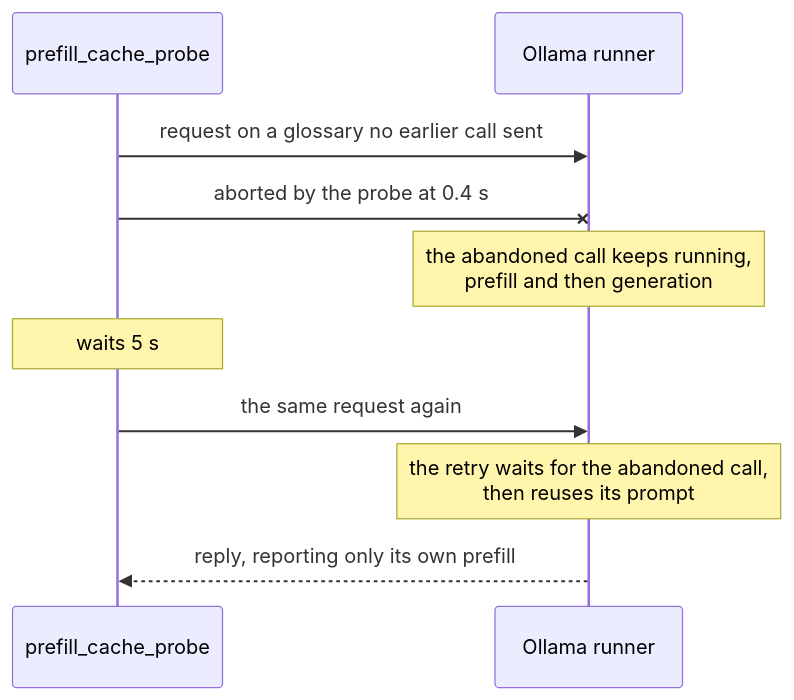
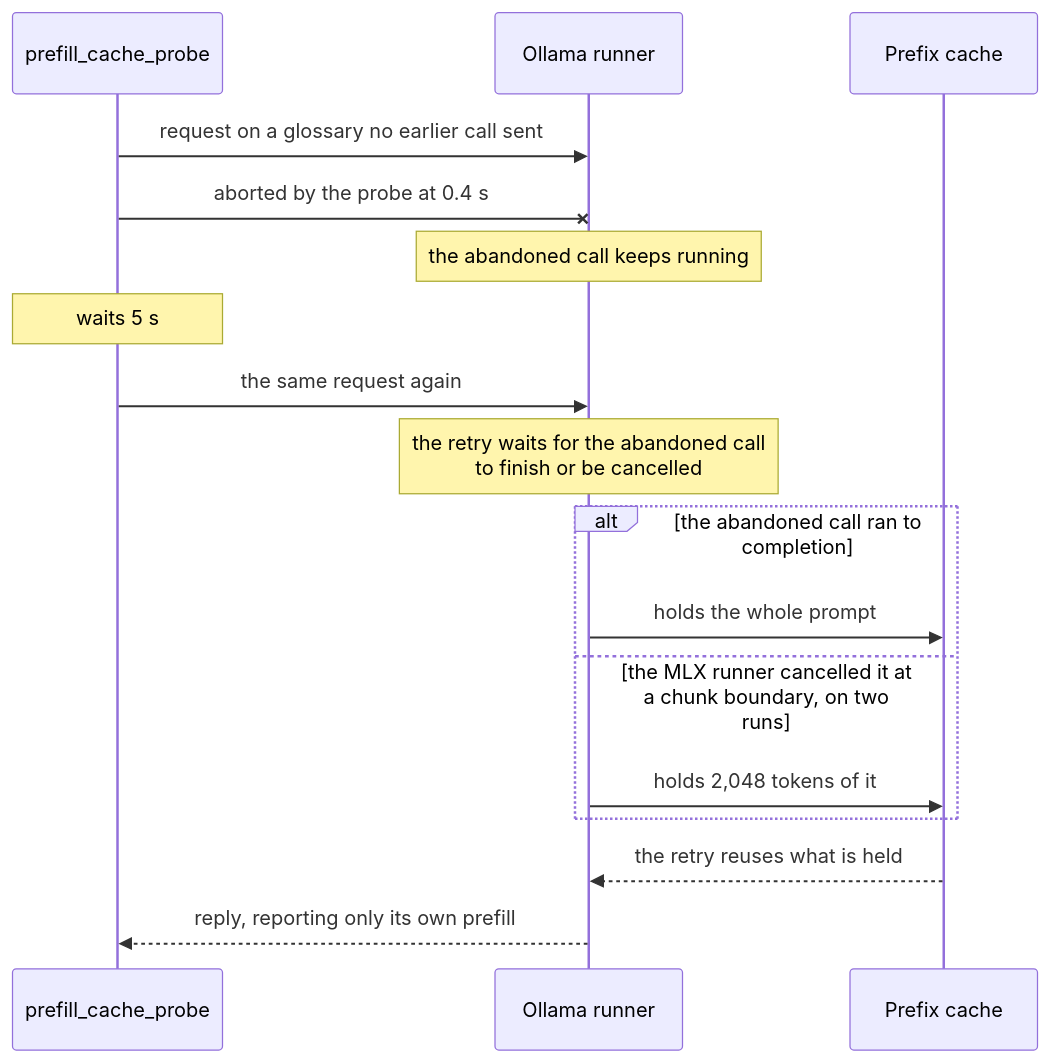
Before and after one commit to freemansoft/Flutter-AdaptiveCards: the third of 3 diagrams in adaptive_chat_server_dart/blog/article-8-prompt-cache-draft.md, drawn with Mermaid. The commit also changed other lines of this file and 3 other files, not shown here.

````diff
--- a/adaptive_chat_server_dart/blog/article-8-prompt-cache-draft.md
+++ b/adaptive_chat_server_dart/blog/article-8-prompt-cache-draft.md
@@ -322,12 +319,19 @@
 ```mermaid
 sequenceDiagram
   participant P as prefill_cache_probe
   participant O as Ollama runner
+  participant C as Prefix cache
   P->>O: request on a glossary no earlier call sent
   P-xO: aborted by the probe at 0.4 s
-  Note over O: the abandoned call keeps running,<br/>prefill and then generation
+  Note over O: the abandoned call keeps running
   Note over P: waits 5 s
   P->>O: the same request again
-  Note over O: the retry waits for the abandoned call,<br/>then reuses its prompt
+  Note over O: the retry waits for the abandoned call<br/>to finish or be cancelled
+  alt the abandoned call ran to completion
+    O->>C: holds the whole prompt
+  else the MLX runner cancelled it at a chunk boundary, on two runs
+    O->>C: holds 2,048 tokens of it
+  end
+  C-->>O: the retry reuses what is held
   O-->>P: reply, reporting only its own prefill
 ```
````
